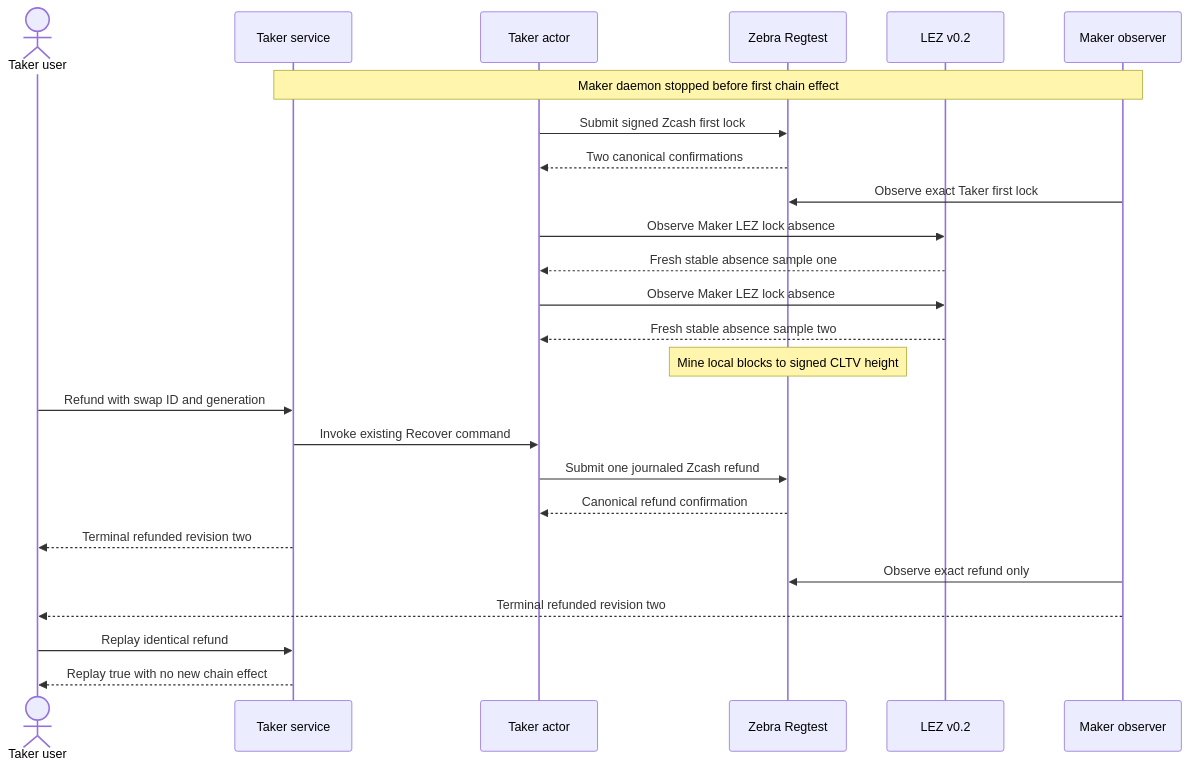
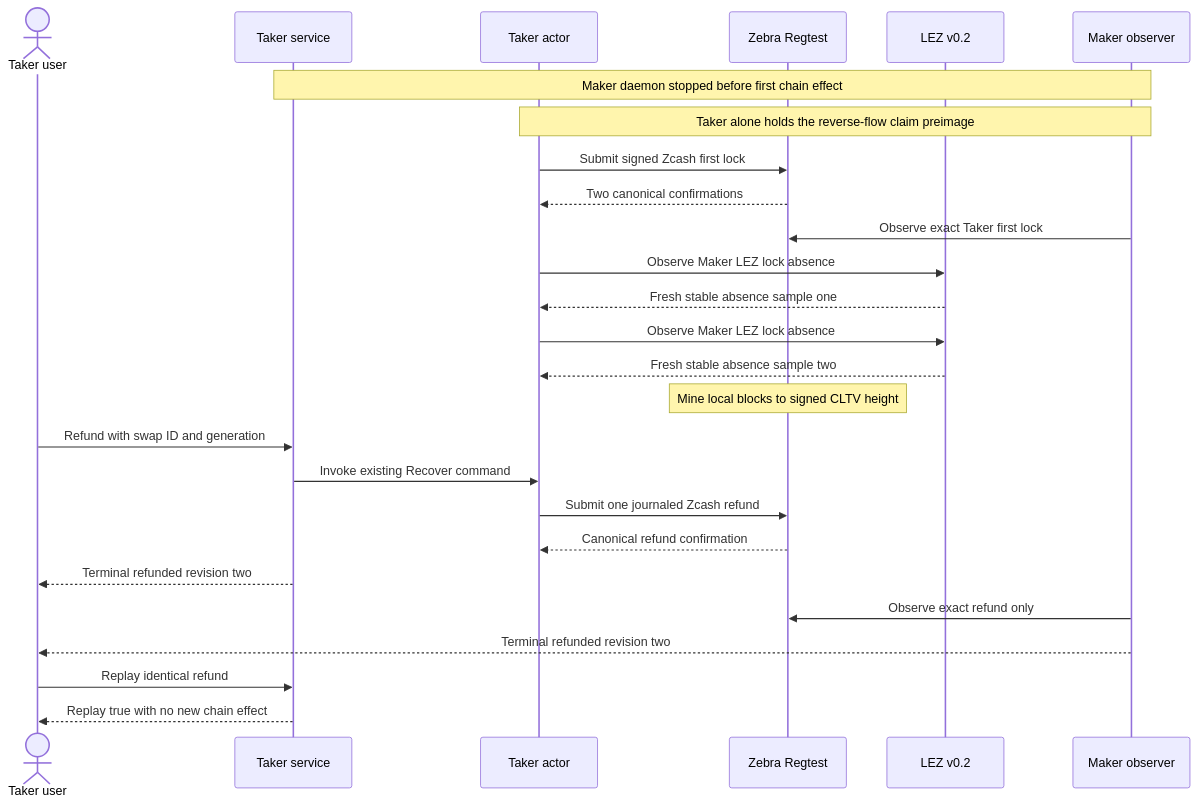
The second of 2 diagrams in docs/architecture/0199-recover-reverse-zec-first-lock-without-maker.md (gateway-fm/lez-atomic-swaps), drawn with Mermaid before and after one commit. The commit also changed other lines of this file and 9 other files, not shown here.

Commit message:
fix(m7): preserve reverse ZEC preimage custody

````diff
--- a/docs/architecture/0199-recover-reverse-zec-first-lock-without-maker.md
+++ b/docs/architecture/0199-recover-reverse-zec-first-lock-without-maker.md
@@ -41,28 +48,29 @@
 ```mermaid
 sequenceDiagram
     actor U as Taker user
     participant S as Taker service
     participant T as Taker actor
     participant Z as Zebra Regtest
     participant L as LEZ v0.2
     participant M as Maker observer
 
     Note over S,M: Maker daemon stopped before first chain effect
+    Note over T,M: Taker alone holds the reverse-flow claim preimage
     T->>Z: Submit signed Zcash first lock
     Z-->>T: Two canonical confirmations
     M->>Z: Observe exact Taker first lock
     T->>L: Observe Maker LEZ lock absence
     L-->>T: Fresh stable absence sample one
     T->>L: Observe Maker LEZ lock absence
     L-->>T: Fresh stable absence sample two
     Note over Z: Mine local blocks to signed CLTV height
     U->>S: Refund with swap ID and generation
     S->>T: Invoke existing Recover command
     T->>Z: Submit one journaled Zcash refund
     Z-->>T: Canonical refund confirmation
     S-->>U: Terminal refunded revision two
     M->>Z: Observe exact refund only
     M-->>U: Terminal refunded revision two
     U->>S: Replay identical refund
     S-->>U: Replay true with no new chain effect
 ```
````
